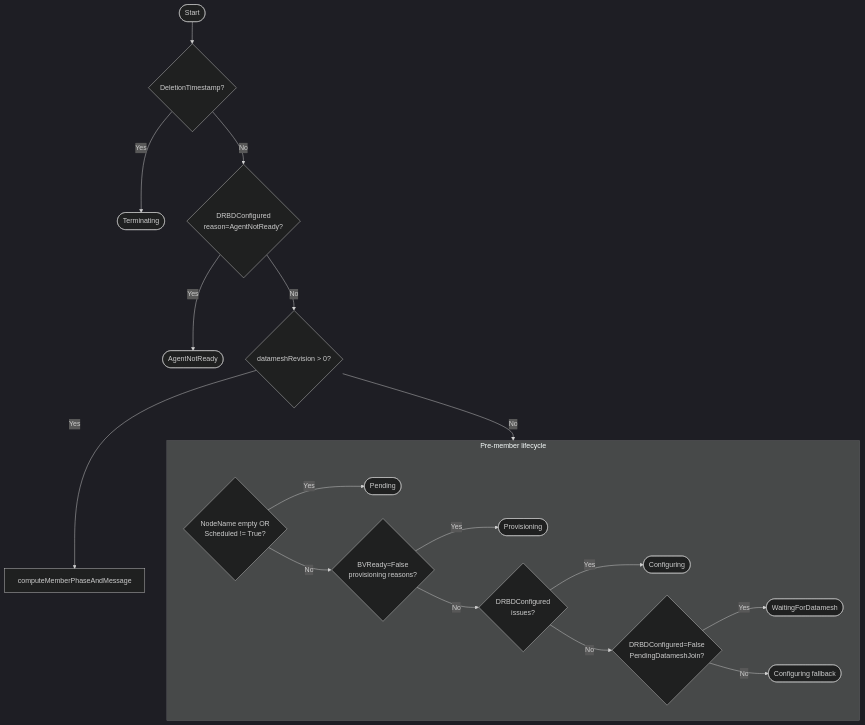
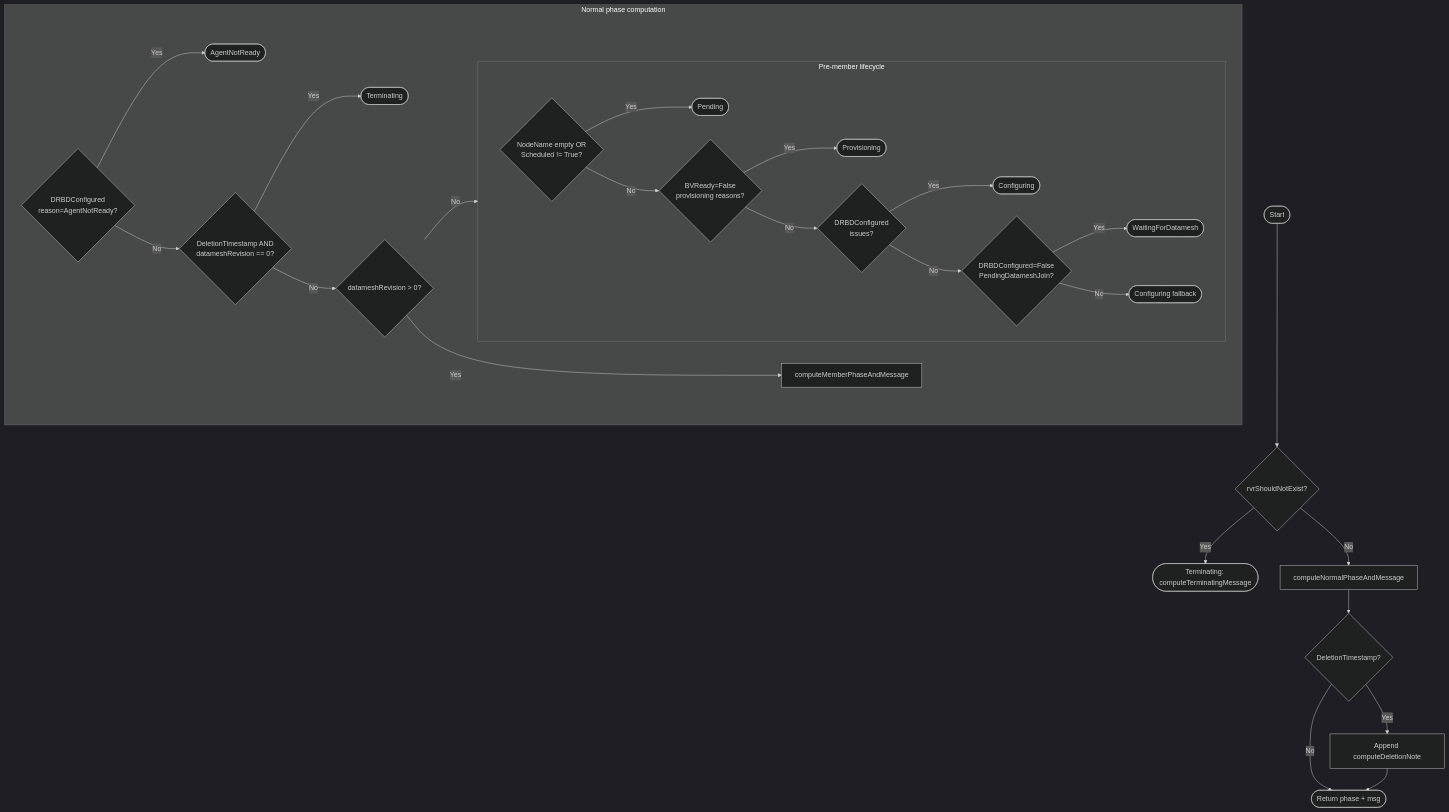
The third of 17 diagrams in images/controller/internal/controllers/rvr_controller/README.md (deckhouse/sds-replicated-volume), drawn with Mermaid (dark theme) before and after one commit. The commit also changed other lines of this file and 105 other files, not shown here.

````diff
--- a/images/controller/internal/controllers/rvr_controller/README.md
+++ b/images/controller/internal/controllers/rvr_controller/README.md
@@ -664,25 +680,33 @@
 ```mermaid
 flowchart TD
-    Start([Start]) --> CheckDelete{DeletionTimestamp?}
-    CheckDelete -->|Yes| Terminating([Terminating])
+    Start([Start]) --> CheckSNE{rvrShouldNotExist?}
+    CheckSNE -->|Yes| Terminating(["Terminating: computeTerminatingMessage"])
 
-    CheckDelete -->|No| CheckAgent{DRBDConfigured<br/>reason=AgentNotReady?}
-    CheckAgent -->|Yes| AgentNotReady([AgentNotReady])
+    CheckSNE -->|No| NormalPhase["computeNormalPhaseAndMessage"]
+    NormalPhase --> CheckDT{DeletionTimestamp?}
+    CheckDT -->|Yes| AppendNote["Append computeDeletionNote"]
+    CheckDT -->|No| ReturnAsIs([Return phase + msg])
+    AppendNote --> ReturnAsIs
 
-    CheckAgent -->|No| CheckMember{datameshRevision > 0?}
-
-    CheckMember -->|No| PreMember
-    CheckMember -->|Yes| MemberHealth["computeMemberPhaseAndMessage"]
+    subgraph computeNormalPhaseAndMessage [Normal phase computation]
+        CheckAgent{DRBDConfigured<br/>reason=AgentNotReady?}
+        CheckAgent -->|Yes| AgentNotReady([AgentNotReady])
+        CheckAgent -->|No| CheckNonMemberDel{DeletionTimestamp AND<br/>datameshRevision == 0?}
+        CheckNonMemberDel -->|Yes| TermNonMember([Terminating])
+        CheckNonMemberDel -->|No| CheckMember{datameshRevision > 0?}
+        CheckMember -->|No| PreMember
+        CheckMember -->|Yes| MemberHealth["computeMemberPhaseAndMessage"]
+    end
 
     subgraph PreMember [Pre-member lifecycle]
         CheckPending{NodeName empty OR<br/>Scheduled != True?}
         CheckPending -->|Yes| Pending([Pending])
         CheckPending -->|No| CheckProv{BVReady=False<br/>provisioning reasons?}
         CheckProv -->|Yes| Provisioning([Provisioning])
         CheckProv -->|No| CheckConfig{DRBDConfigured<br/>issues?}
         CheckConfig -->|Yes| Configuring([Configuring])
         CheckConfig -->|No| CheckWait{DRBDConfigured=False<br/>PendingDatameshJoin?}
         CheckWait -->|Yes| WaitDM([WaitingForDatamesh])
         CheckWait -->|No| Fallback([Configuring fallback])
     end
 ```
````
